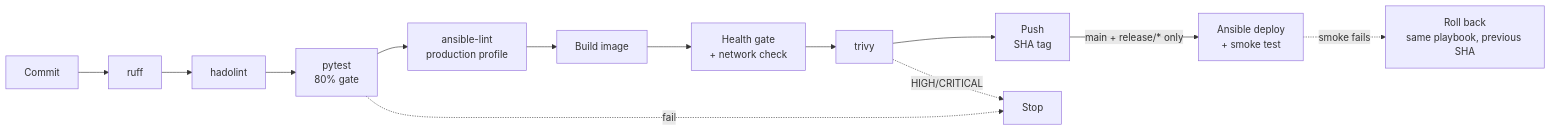
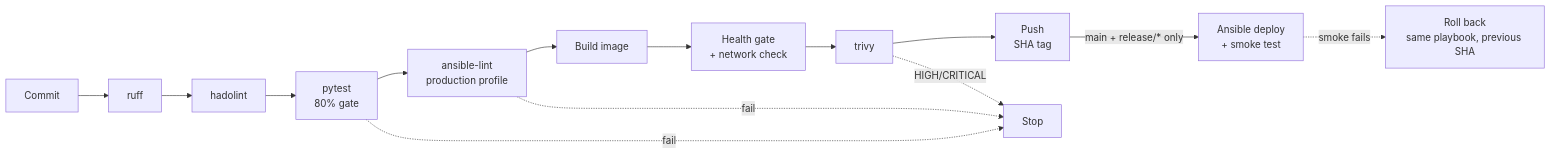
The second of 2 diagrams in README.md (myloo23/MilanProjA-Szakdoga), drawn with Mermaid before and after one commit. The commit also changed other lines of this file and 2 other files, not shown here.

````diff
--- a/README.md
+++ b/README.md
@@ -51,15 +51,16 @@
 ```mermaid
 flowchart LR
     A[Commit] --> B[ruff]
     B --> H[hadolint]
     H --> C[pytest<br/>80% gate]
     C --> AL[ansible-lint<br/>production profile]
     AL --> D[Build image]
     D --> S[Health gate<br/>+ network check]
     S --> E[trivy]
     E --> F[Push<br/>SHA tag]
     F -->|main + release/* only| G[Ansible deploy<br/>+ smoke test]
     C -.fail.-> X[Stop]
+    AL -.fail.-> X
     E -.HIGH/CRITICAL.-> X
     G -.smoke fails.-> R[Roll back<br/>same playbook, previous SHA]
 ```
````
